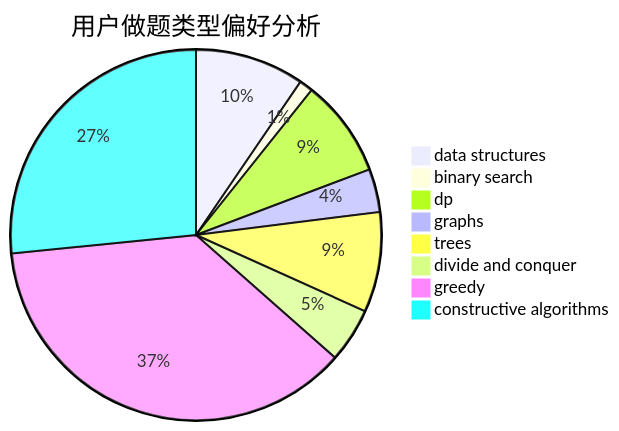
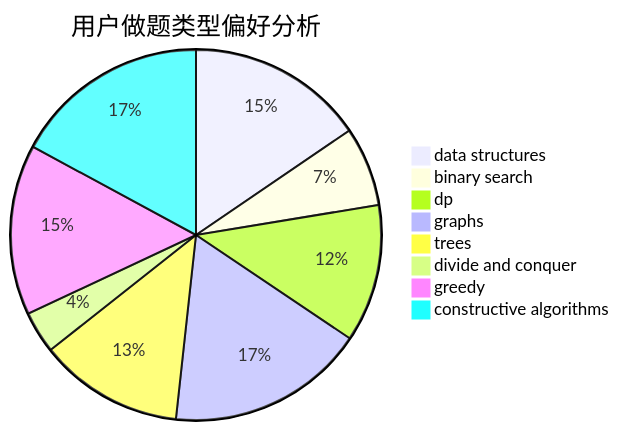
One commit to sherpahu/cfrs.github.io changed the second of 3 diagrams in docs/user/u2685.md. Above: the diagram before and after it, drawn with Mermaid. The commit also changed other lines of this file and 2770 other files, not shown here.

````diff
--- a/docs/user/u2685.md
+++ b/docs/user/u2685.md
@@ -23,11 +23,11 @@
 ```mermaid
 pie title 用户做题类型偏好分析
-    "data structures" :  48
-    "binary search" :  6
-    "dp" :  43
-    "graphs" :  19
-    "trees" :  44
-    "divide and conquer" :  24
-    "greedy" :  186
-    "constructive algorithms" :  134
+    "data structures" :  76
+    "binary search" :  34
+    "dp" :  59
+    "graphs" :  85
+    "trees" :  62
+    "divide and conquer" :  18
+    "greedy" :  73
+    "constructive algorithms" :  84
 ```
````
